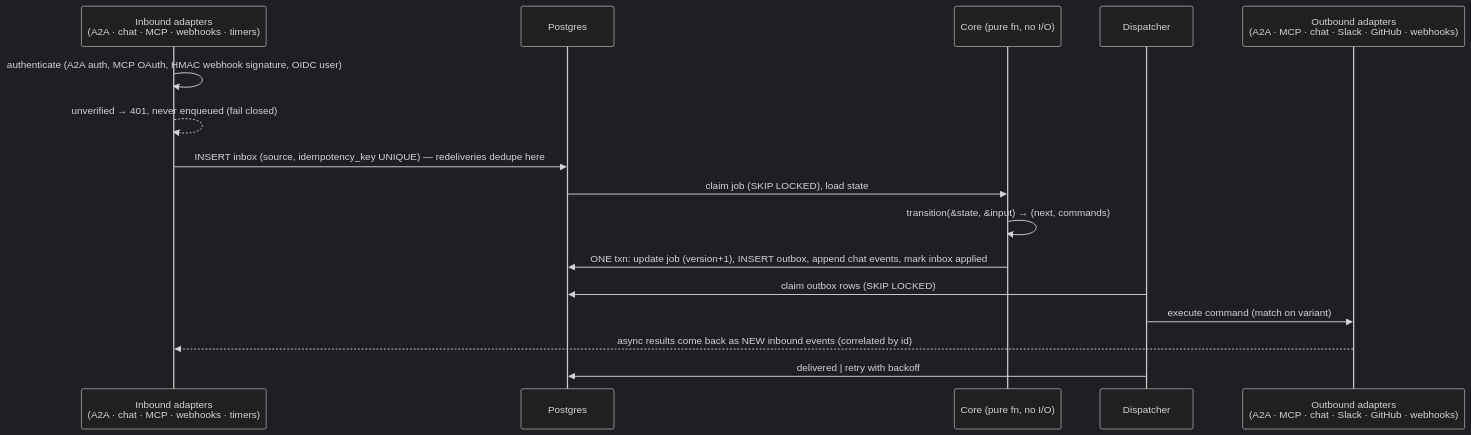
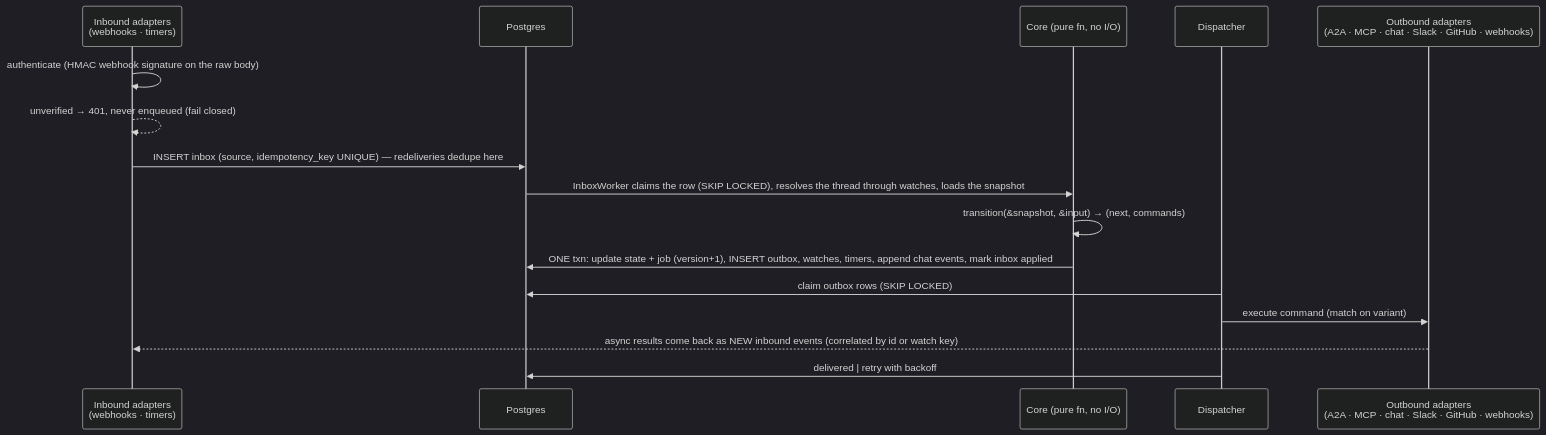
The second of 13 diagrams in docs/orchestrator.md (vymalo/another-agentic-system), drawn with Mermaid (dark theme) before and after one commit. The commit also changed other lines of this file and 12 other files, not shown here.

First line of the commit message:
docs: ADRs 0016–0019 for inbox, CI webhooks, verification gate, MCP server (#47)

````diff
--- a/docs/orchestrator.md
+++ b/docs/orchestrator.md
@@ -194,18 +224,18 @@
 ```mermaid
 sequenceDiagram
-  participant In as Inbound adapters<br/>(A2A · chat · MCP · webhooks · timers)
+  participant In as Inbound adapters<br/>(webhooks · timers)
   participant DB as Postgres
   participant C as Core (pure fn, no I/O)
   participant D as Dispatcher
   participant Out as Outbound adapters<br/>(A2A · MCP · chat · Slack · GitHub · webhooks)
-  In->>In: authenticate (A2A auth, MCP OAuth, HMAC webhook signature, OIDC user)
+  In->>In: authenticate (HMAC webhook signature on the raw body)
   In-->>In: unverified → 401, never enqueued (fail closed)
   In->>DB: INSERT inbox (source, idempotency_key UNIQUE) — redeliveries dedupe here
-  DB->>C: claim job (SKIP LOCKED), load state
-  C->>C: transition(&state, &input) → (next, commands)
-  C->>DB: ONE txn: update job (version+1), INSERT outbox, append chat events, mark inbox applied
+  DB->>C: InboxWorker claims the row (SKIP LOCKED), resolves the thread through watches, loads the snapshot
+  C->>C: transition(&snapshot, &input) → (next, commands)
+  C->>DB: ONE txn: update state + job (version+1), INSERT outbox, watches, timers, append chat events, mark inbox applied
   D->>DB: claim outbox rows (SKIP LOCKED)
   D->>Out: execute command (match on variant)
-  Out-->>In: async results come back as NEW inbound events (correlated by id)
+  Out-->>In: async results come back as NEW inbound events (correlated by id or watch key)
   D->>DB: delivered | retry with backoff
 ```
````
